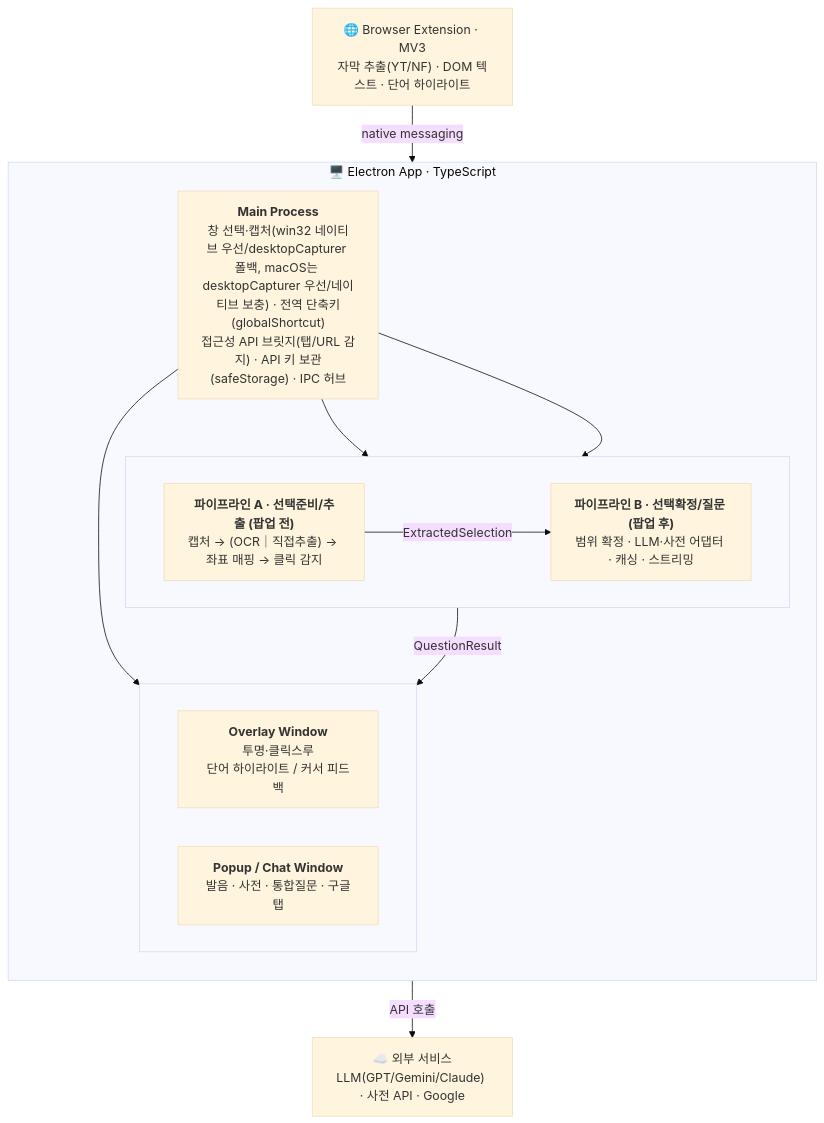
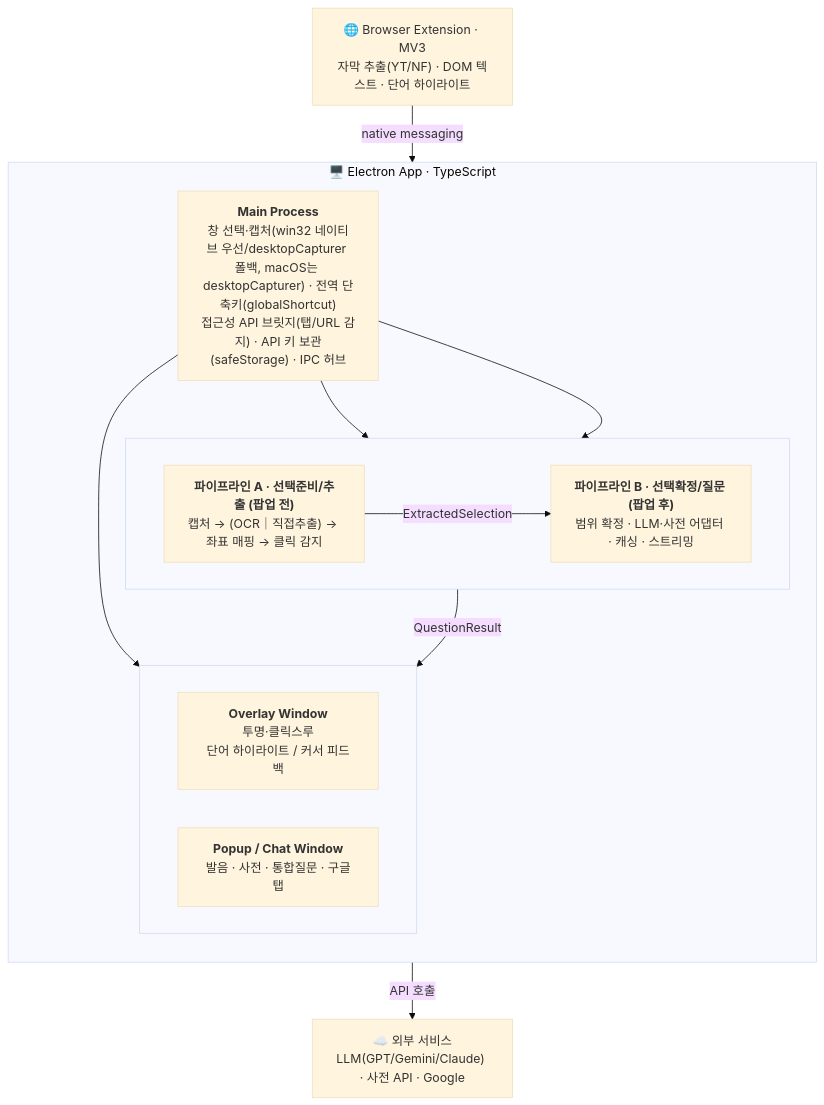
Before and after one commit to madcamp-official/JoJo: the diagram in PLAN.md, drawn with Mermaid (base theme). The commit also changed other lines of this file and 3 other files, not shown here.

````diff
--- a/PLAN.md
+++ b/PLAN.md
@@ -134,31 +134,31 @@
 ```mermaid
 flowchart TB
     EXT["🌐 Browser Extension · MV3<br/>자막 추출(YT/NF) · DOM 텍스트 · 단어 하이라이트"]
 
     subgraph APP["🖥️ Electron App · TypeScript"]
         direction TB
-        MAIN["<b>Main Process</b><br/>창 선택·캡처(win32 네이티브 우선/desktopCapturer 폴백, macOS는 desktopCapturer 우선/네이티브 보충) · 전역 단축키(globalShortcut)<br/>접근성 API 브릿지(탭/URL 감지) · API 키 보관(safeStorage) · IPC 허브"]
+        MAIN["<b>Main Process</b><br/>창 선택·캡처(win32 네이티브 우선/desktopCapturer 폴백, macOS는 desktopCapturer) · 전역 단축키(globalShortcut)<br/>접근성 API 브릿지(탭/URL 감지) · API 키 보관(safeStorage) · IPC 허브"]
 
         subgraph PIPE[" "]
             direction LR
             PA["<b>파이프라인 A · 선택준비/추출 (팝업 전)</b><br/>캡처 → (OCR｜직접추출) → 좌표 매핑 → 클릭 감지"]
             PB["<b>파이프라인 B · 선택확정/질문 (팝업 후)</b><br/>범위 확정 · LLM·사전 어댑터 · 캐싱 · 스트리밍"]
         end
 
         subgraph WINS[" "]
             direction LR
             OVL["<b>Overlay Window</b><br/>투명·클릭스루<br/>단어 하이라이트 / 커서 피드백"]
             POP["<b>Popup / Chat Window</b><br/>발음 · 사전 · 통합질문 · 구글탭"]
         end
     end
 
     SVC["☁️ 외부 서비스<br/>LLM(GPT/Gemini/Claude) · 사전 API · Google"]
 
     EXT -- "native messaging" --> MAIN
     MAIN --> PA
     MAIN --> PB
     MAIN --> OVL
     PA -- "ExtractedSelection" --> PB
     PB -- "QuestionResult" --> POP
     PB -- "API 호출" --> SVC
 ```
````
